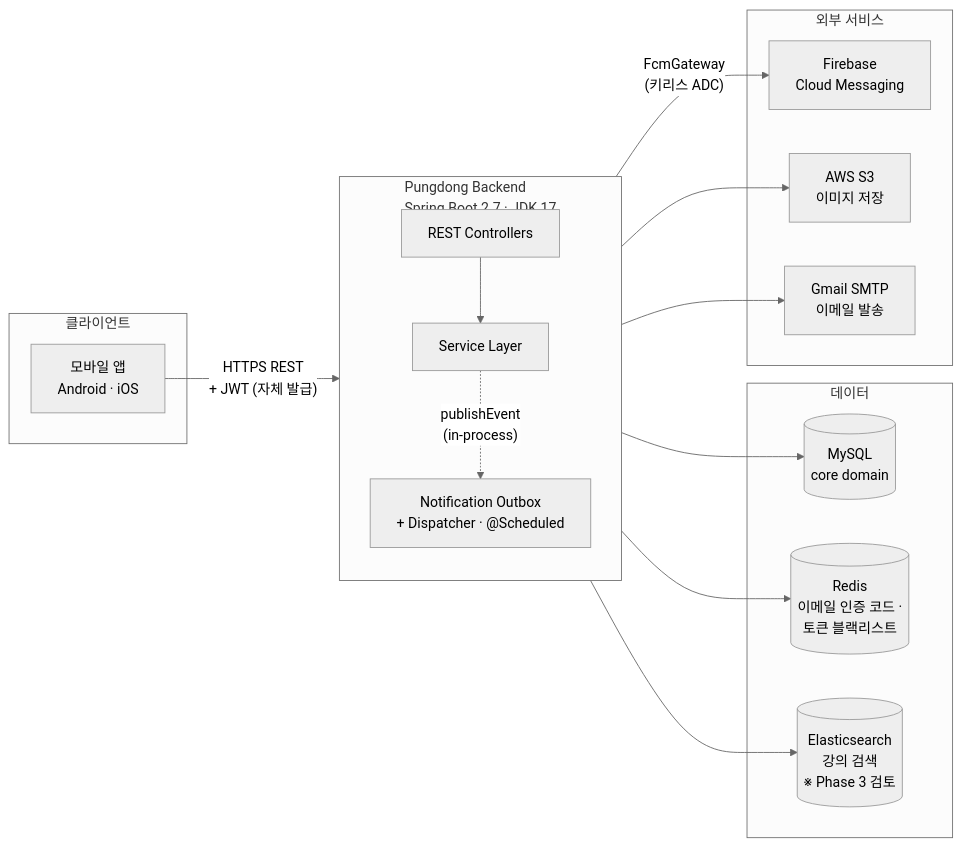
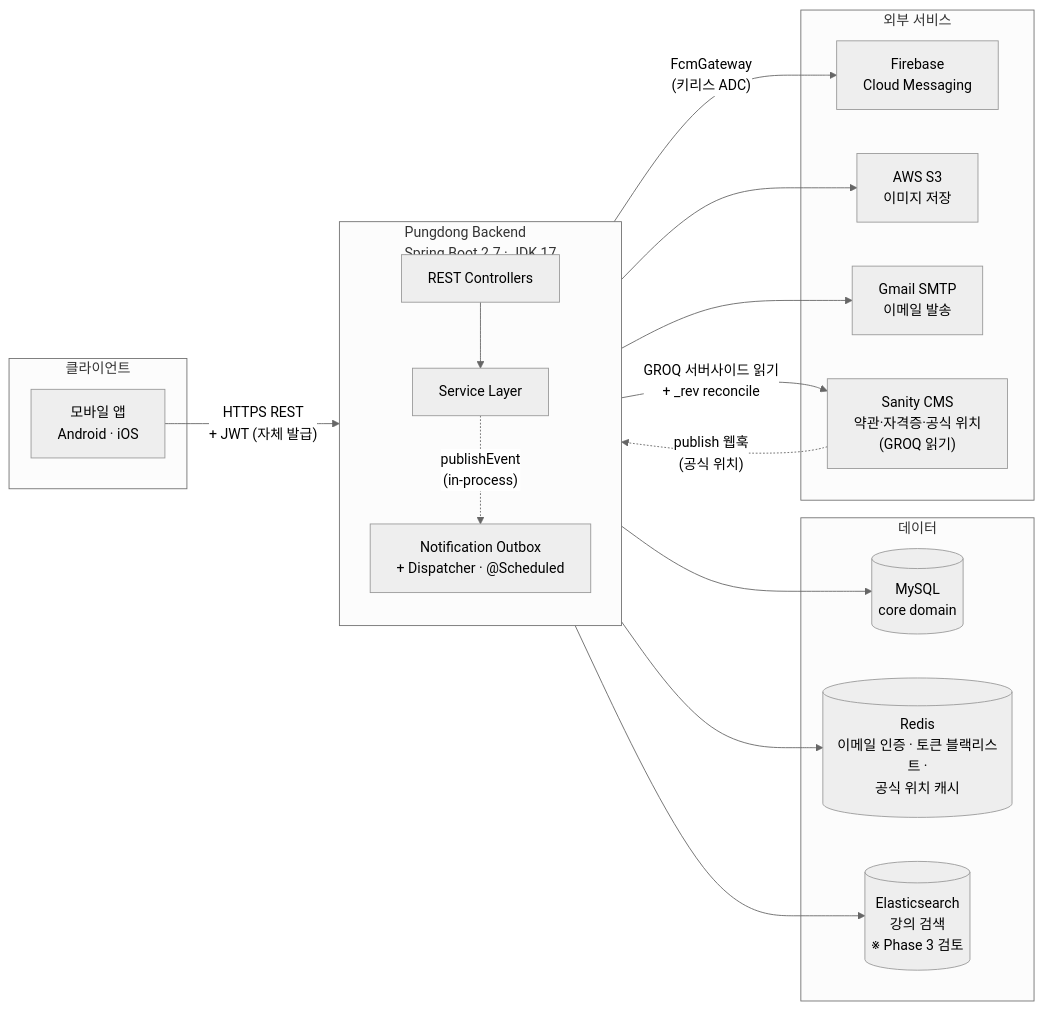
One commit to pungdong/Pungdong-Backend changed the diagram in README.md. Above: the diagram before and after it, drawn with Mermaid (neutral theme). The commit also changed 3 other files, not shown here.

````diff
--- a/README.md
+++ b/README.md
@@ -11,35 +11,38 @@
 ```mermaid
 flowchart LR
     subgraph Clients["클라이언트"]
         App["모바일 앱<br/>Android · iOS"]
     end
 
     subgraph Backend["Pungdong Backend<br/>Spring Boot 2.7 · JDK 17"]
         direction TB
         Controller["REST Controllers"]
         Service["Service Layer"]
         Notif["Notification Outbox<br/>+ Dispatcher · @Scheduled"]
         Controller --> Service
         Service -. "publishEvent<br/>(in-process)" .-> Notif
     end
 
     subgraph Data["데이터"]
         MySQL[("MySQL<br/>core domain")]
-        Redis[("Redis<br/>이메일 인증 코드 ·<br/>토큰 블랙리스트")]
+        Redis[("Redis<br/>이메일 인증 · 토큰 블랙리스트 ·<br/>공식 위치 캐시")]
         ES[("Elasticsearch<br/>강의 검색<br/>※ Phase 3 검토")]
     end
 
     subgraph External["외부 서비스"]
         FCM["Firebase<br/>Cloud Messaging"]
         S3["AWS S3<br/>이미지 저장"]
         SMTP["Gmail SMTP<br/>이메일 발송"]
+        Sanity["Sanity CMS<br/>약관·자격증·공식 위치<br/>(GROQ 읽기)"]
     end
 
     App -- "HTTPS REST<br/>+ JWT (자체 발급)" --> Controller
     Service --> MySQL
     Service --> Redis
     Service --> ES
     Service --> S3
     Service --> SMTP
+    Service -- "GROQ 서버사이드 읽기<br/>+ _rev reconcile" --> Sanity
+    Sanity -. "publish 웹훅<br/>(공식 위치)" .-> Controller
     Notif -- "FcmGateway<br/>(키리스 ADC)" --> FCM
 ```
````
